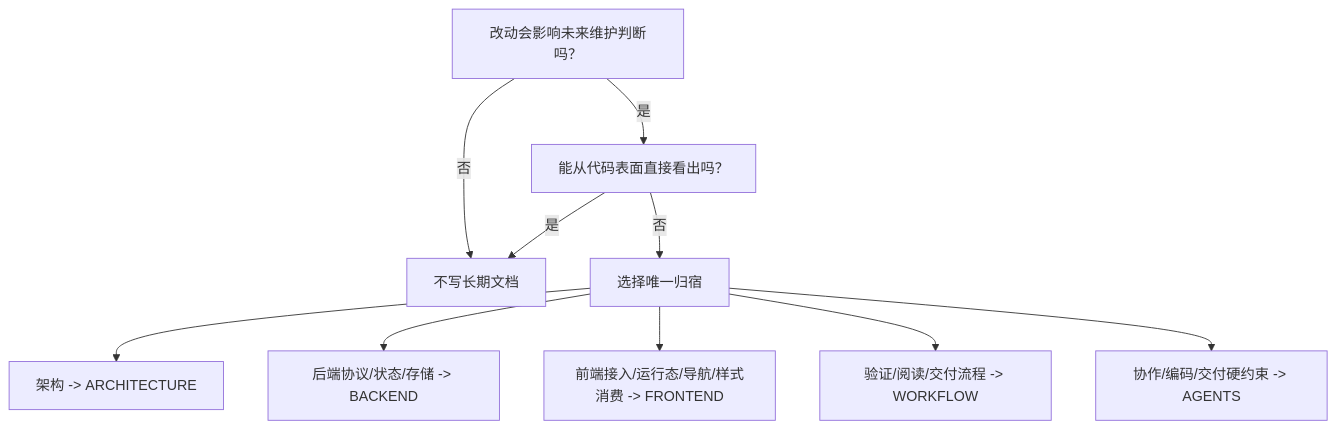
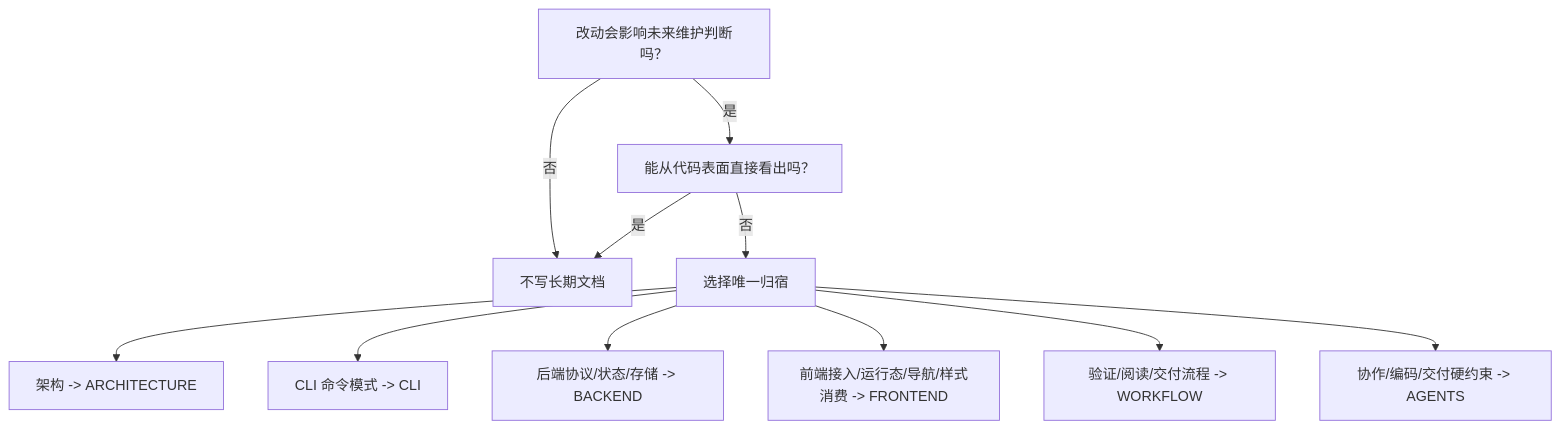
One commit to neavo/LinguaGacha changed the diagram in docs/WORKFLOW.md. Above: the diagram before and after it, drawn with Mermaid. The commit also changed other lines of this file and 400 other files, not shown here.

````diff
--- a/docs/WORKFLOW.md
+++ b/docs/WORKFLOW.md
@@ -42,12 +45,13 @@
 ```mermaid
 flowchart TD
   A["改动会影响未来维护判断吗？"] -->|否| B["不写长期文档"]
   A -->|是| C["能从代码表面直接看出吗？"]
   C -->|是| B
   C -->|否| D["选择唯一归宿"]
   D --> E["架构 -> ARCHITECTURE"]
-  D --> F["后端协议/状态/存储 -> BACKEND"]
-  D --> G["前端接入/运行态/导航/样式消费 -> FRONTEND"]
-  D --> H["验证/阅读/交付流程 -> WORKFLOW"]
-  D --> I["协作/编码/交付硬约束 -> AGENTS"]
+  D --> F["CLI 命令模式 -> CLI"]
+  D --> G["后端协议/状态/存储 -> BACKEND"]
+  D --> H["前端接入/运行态/导航/样式消费 -> FRONTEND"]
+  D --> I["验证/阅读/交付流程 -> WORKFLOW"]
+  D --> J["协作/编码/交付硬约束 -> AGENTS"]
 ```
````
